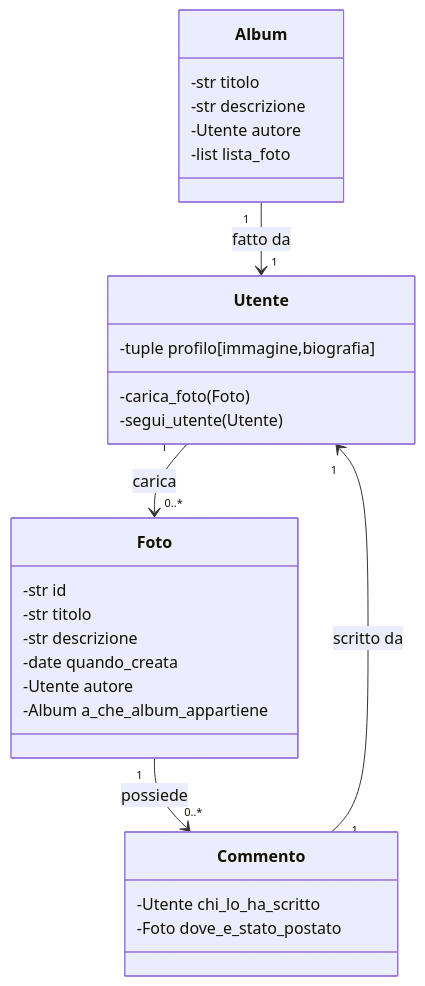
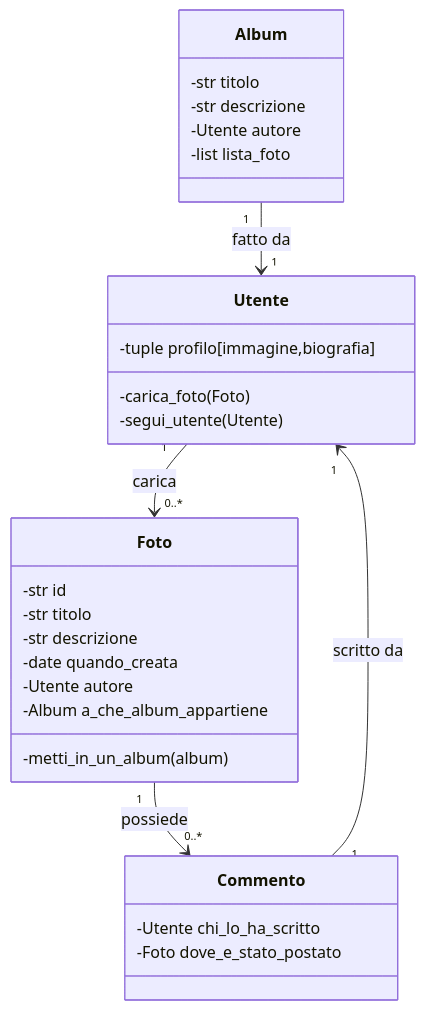
Before and after one commit to MarcoArlotti/ssh_sync_4-: the diagram in arlotti_es23/arlotti_uml_numero_23.md, drawn with Mermaid. The commit also changed 3 other files, not shown here.

````diff
--- a/arlotti_es23/arlotti_uml_numero_23.md
+++ b/arlotti_es23/arlotti_uml_numero_23.md
@@ -1,32 +1,33 @@
 ```mermaid
     classDiagram
 
     class Utente {
     -tuple profilo[immagine,biografia]
     -carica_foto(Foto)
     -segui_utente(Utente)
     }
     class Foto {
     -str id
     -str titolo
     -str descrizione
     -date quando_creata
     -Utente autore
     -Album a_che_album_appartiene
+    -metti_in_un_album(album)
     }
     class Album {
     -str titolo
     -str descrizione
     -Utente autore
     -list lista_foto
     }
     class Commento {
     -Utente chi_lo_ha_scritto
     -Foto dove_e_stato_postato
     }
 
     Utente "1" --> "0..*" Foto :carica
     Foto "1" --> "0..*" Commento :possiede
     Commento "1" --> "1" Utente :scritto da
     Album "1" --> "1" Utente :fatto da
 ```
````
